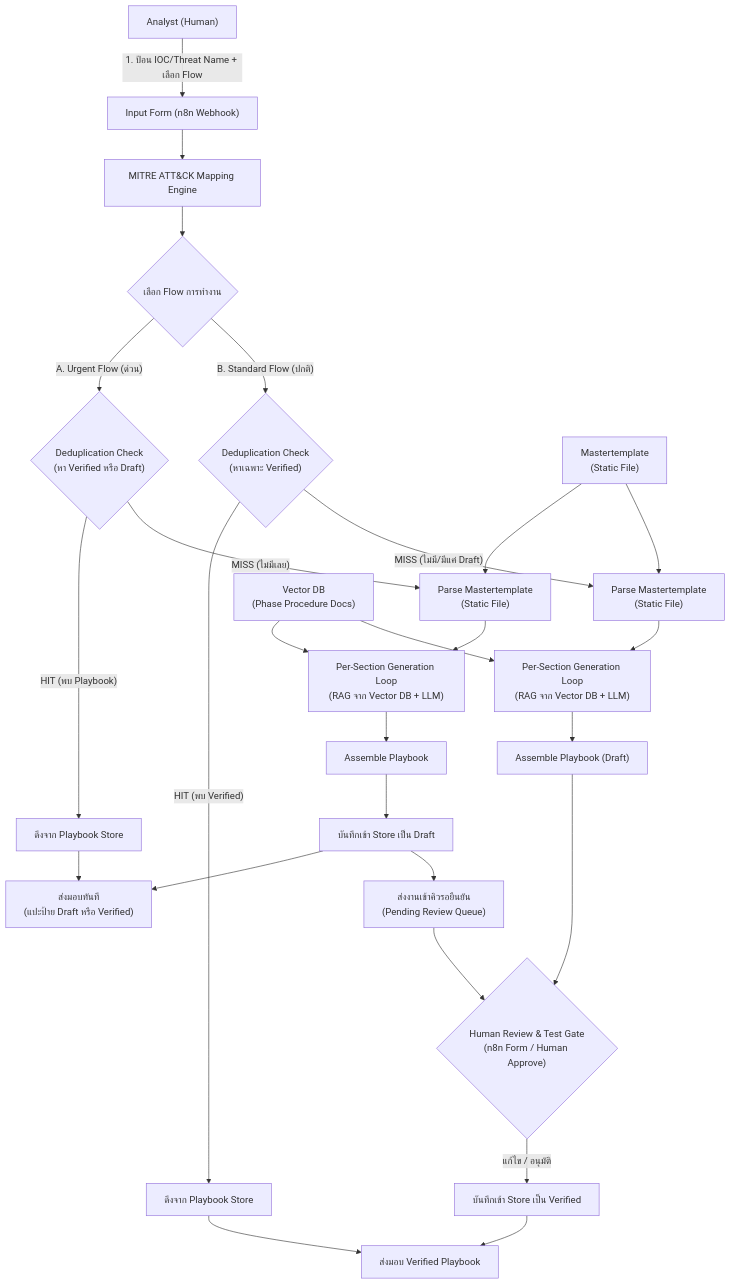
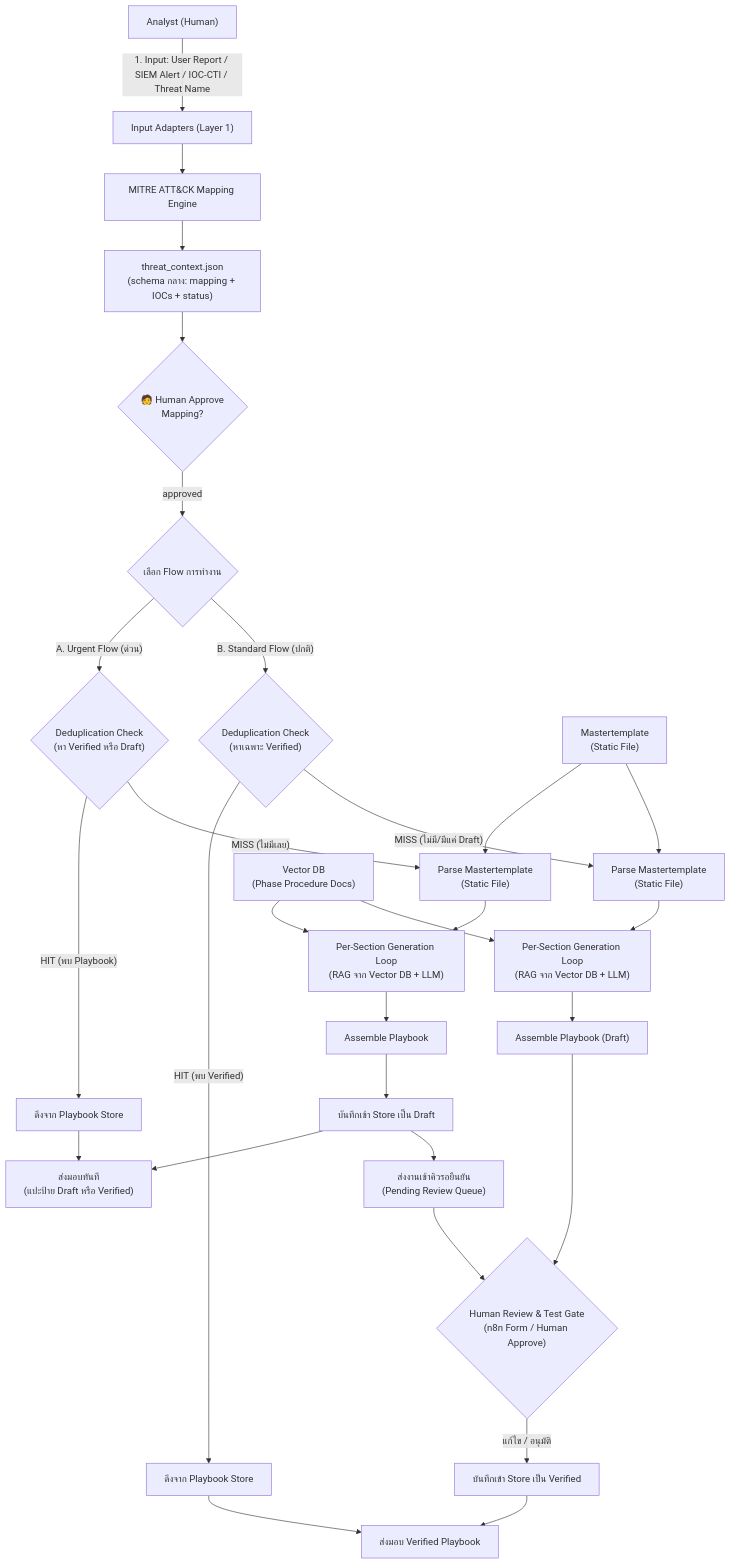
The first of 14 diagrams in architecture.md (Chaithawatcer/omnissiah-playbook-workflow), drawn with Mermaid before and after one commit. The commit also changed other lines of this file and 3 other files, not shown here.

First line of the commit message:
docs: update architecture to CTI/human-in-the-loop design + add DB inspector GUI

````diff
--- a/architecture.md
+++ b/architecture.md
@@ -15,38 +18,40 @@
 ```mermaid
 graph TD
-    user["Analyst (Human)"] -- "1. ป้อน IOC/Threat Name + เลือก Flow" --> input["Input Form (n8n Webhook)"]
+    user["Analyst (Human)"] -- "1. Input: User Report / SIEM Alert / IOC-CTI / Threat Name" --> input["Input Adapters (Layer 1)"]
     input --> mapper["MITRE ATT&CK Mapping Engine"]
-    mapper --> flow_select{"เลือก Flow การทำงาน"}
+    mapper --> ctx["threat_context.json\n(schema กลาง: mapping + IOCs + status)"]
+    ctx --> approve{"🧑 Human Approve\nMapping?"}
+    approve -- "approved" --> flow_select{"เลือก Flow การทำงาน"}
     
     %% Urgent Flow (Fast Path)
     flow_select -- "A. Urgent Flow (ด่วน)" --> dedup_urg{"Deduplication Check\n(หา Verified หรือ Draft)"}
     dedup_urg -- "HIT (พบ Playbook)" --> store_fetch_urg["ดึงจาก Playbook Store"]
     store_fetch_urg --> output_urg["ส่งมอบทันที\n(แปะป้าย Draft หรือ Verified)"]
     
     dedup_urg -- "MISS (ไม่มีเลย)" --> parse_urg["Parse Mastertemplate\n(Static File)"]
     parse_urg --> loop_urg["Per-Section Generation Loop\n(RAG จาก Vector DB + LLM)"]
     loop_urg --> assemble_urg["Assemble Playbook"]
     assemble_urg --> save_draft["บันทึกเข้า Store เป็น Draft"]
     save_draft --> output_urg
     save_draft --> queue_rev["ส่งงานเข้าคิวรอยืนยัน\n(Pending Review Queue)"]
 
     %% Standard Flow (Verified Path)
     flow_select -- "B. Standard Flow (ปกติ)" --> dedup_std{"Deduplication Check\n(หาเฉพาะ Verified)"}
     dedup_std -- "HIT (พบ Verified)" --> store_fetch_std["ดึงจาก Playbook Store"]
     store_fetch_std --> output_std["ส่งมอบ Verified Playbook"]
     
     dedup_std -- "MISS (ไม่มี/มีแค่ Draft)" --> parse_std["Parse Mastertemplate\n(Static File)"]
     parse_std --> loop_std["Per-Section Generation Loop\n(RAG จาก Vector DB + LLM)"]
     loop_std --> assemble_std["Assemble Playbook (Draft)"]
     assemble_std --> review_gate{"Human Review & Test Gate\n(n8n Form / Human Approve)"}
     
     queue_rev --> review_gate
     
     review_gate -- "แก้ไข / อนุมัติ" --> save_verified["บันทึกเข้า Store เป็น Verified"]
     save_verified --> output_std
     
     vdb["Vector DB\n(Phase Procedure Docs)"] --> loop_urg
     vdb --> loop_std
     mastertemplate["Mastertemplate\n(Static File)"] --> parse_urg
     mastertemplate --> parse_std
 ```
````
